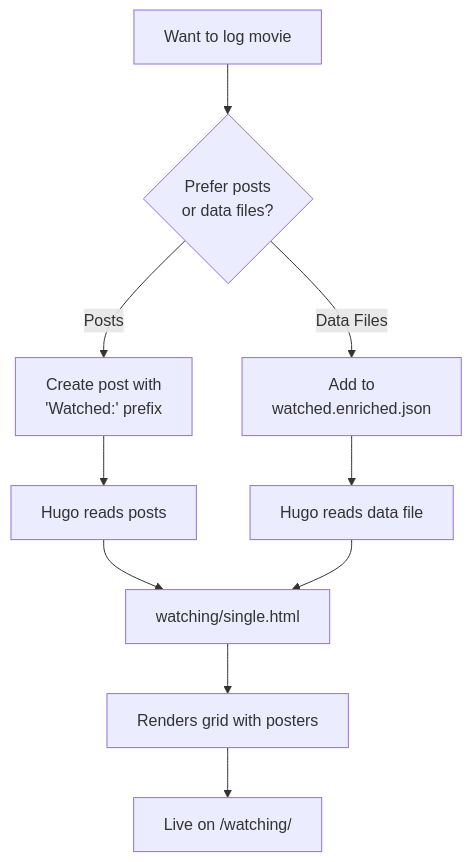
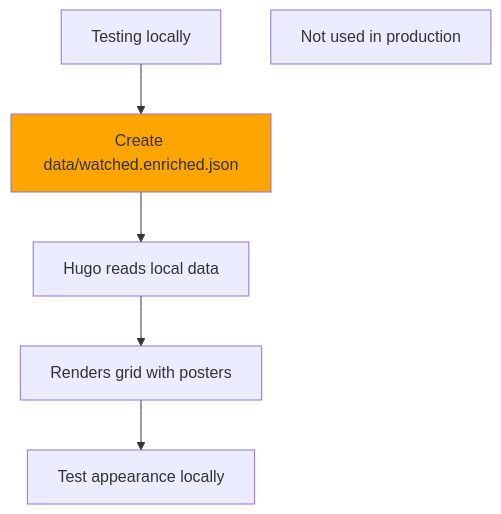
Before and after one commit to rocksoup/mbtheme: diagram 16 of 32 in SYSTEM_DOCUMENTATION.md, drawn with Mermaid. The commit also changed other lines of this file, not shown here.

First line of the commit message:
Update documentation with key architectural clarifications

````diff
--- a/SYSTEM_DOCUMENTATION.md
+++ b/SYSTEM_DOCUMENTATION.md
@@ -829,15 +928,10 @@
 ```mermaid
 flowchart TD
-    A[Want to log movie] --> B{Prefer posts<br/>or data files?}
-    B -->|Posts| C[Create post with<br/>'Watched:' prefix]
-    B -->|Data Files| D[Add to<br/>watched.enriched.json]
+    A[Testing locally] --> B[Create data/watched.enriched.json]
+    B --> C[Hugo reads local data]
+    C --> D[Renders grid with posters]
+    D --> E[Test appearance locally]
 
-    C --> E[Hugo reads posts]
-    D --> F[Hugo reads data file]
-
-    E --> G[watching/single.html]
-    F --> G
-
-    G --> H[Renders grid with posters]
-    H --> I[Live on /watching/]
+    style B fill:#FFA500
+    Note1[Not used in production]
 ```
````
